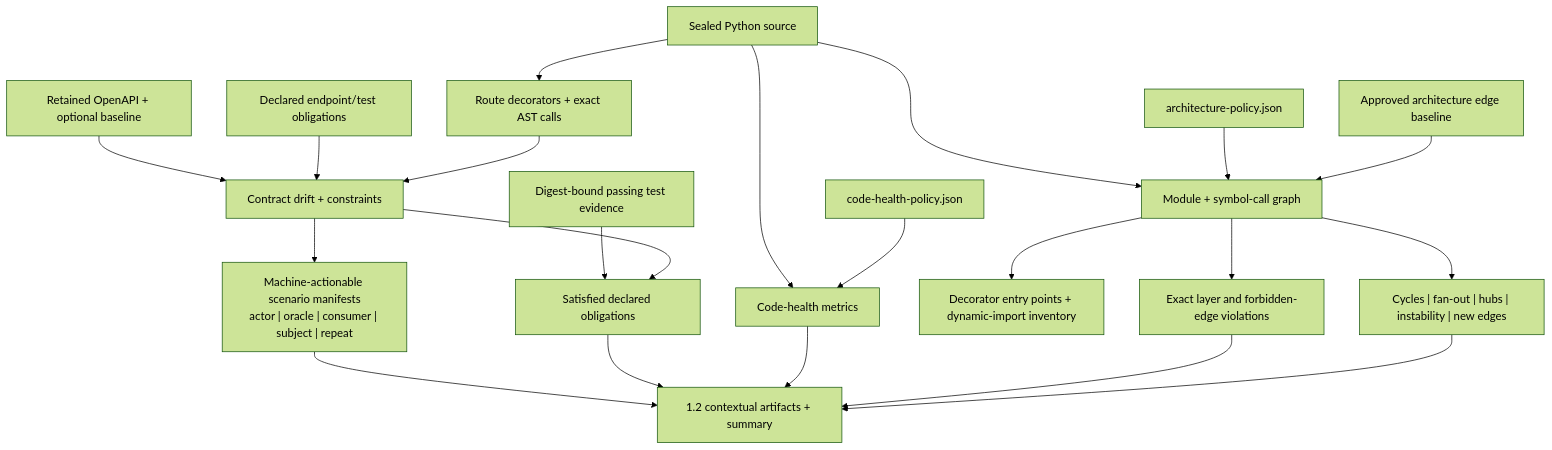
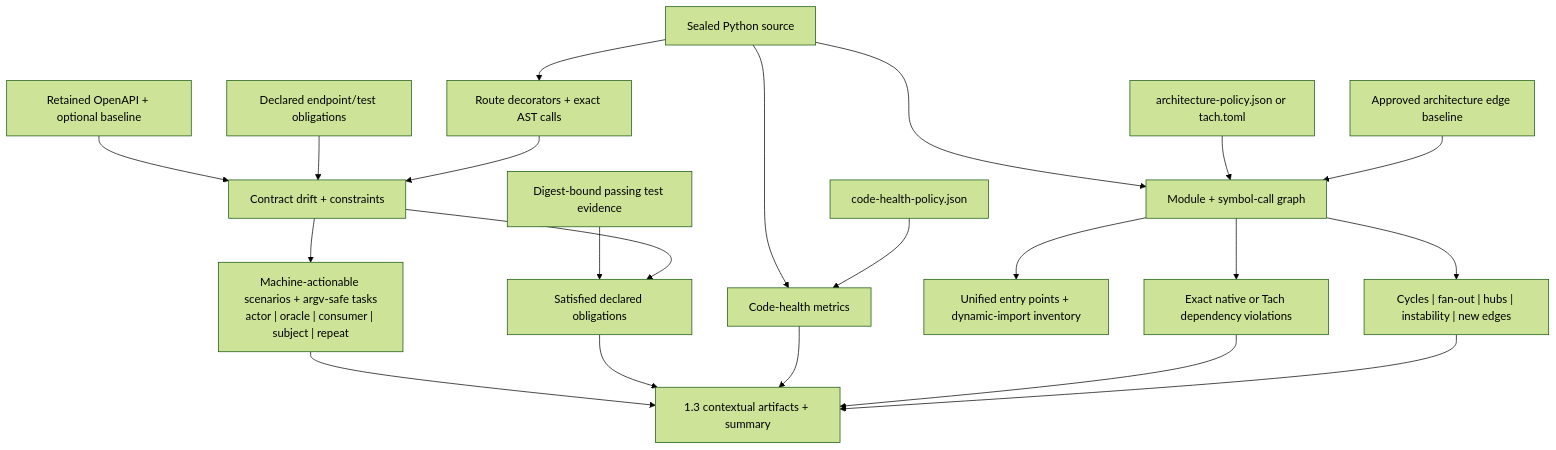
Before and after one commit to willtran87/project-py-security-suite: the second of 2 diagrams in docs/analysis-accuracy.md, drawn with Mermaid (forest theme). The commit also changed other lines of this file and 19 other files, not shown here.

````diff
--- a/docs/analysis-accuracy.md
+++ b/docs/analysis-accuracy.md
@@ -44,25 +44,25 @@
 ```mermaid
 flowchart TB
     Source["Sealed Python source"] --> Routes["Route decorators + exact AST calls"]
     OpenAPI["Retained OpenAPI + optional baseline"] --> Contracts["Contract drift + constraints"]
     Declared["Declared endpoint/test obligations"] --> Contracts
     Routes --> Contracts
-    Contracts --> Scenarios["Machine-actionable scenario manifests<br/>actor | oracle | consumer | subject | repeat"]
+    Contracts --> Scenarios["Machine-actionable scenarios + argv-safe tasks<br/>actor | oracle | consumer | subject | repeat"]
     TestEvidence["Digest-bound passing test evidence"] --> Obligations["Satisfied declared obligations"]
     Contracts --> Obligations
 
     Source --> Health["Code-health metrics"]
     HealthPolicy["code-health-policy.json"] --> Health
     Source --> Imports["Module + symbol-call graph"]
-    ArchitecturePolicy["architecture-policy.json"] --> Imports
+    ArchitecturePolicy["architecture-policy.json or tach.toml"] --> Imports
     Baseline["Approved architecture edge baseline"] --> Imports
-    Imports --> RuntimeShape["Decorator entry points + dynamic-import inventory"]
-    Imports --> PolicyFindings["Exact layer and forbidden-edge violations"]
+    Imports --> RuntimeShape["Unified entry points + dynamic-import inventory"]
+    Imports --> PolicyFindings["Exact native or Tach dependency violations"]
     Imports --> Heuristics["Cycles | fan-out | hubs | instability | new edges"]
 
-    Scenarios --> Report["1.2 contextual artifacts + summary"]
+    Scenarios --> Report["1.3 contextual artifacts + summary"]
     Obligations --> Report
     Health --> Report
     PolicyFindings --> Report
     Heuristics --> Report
 ```
````
